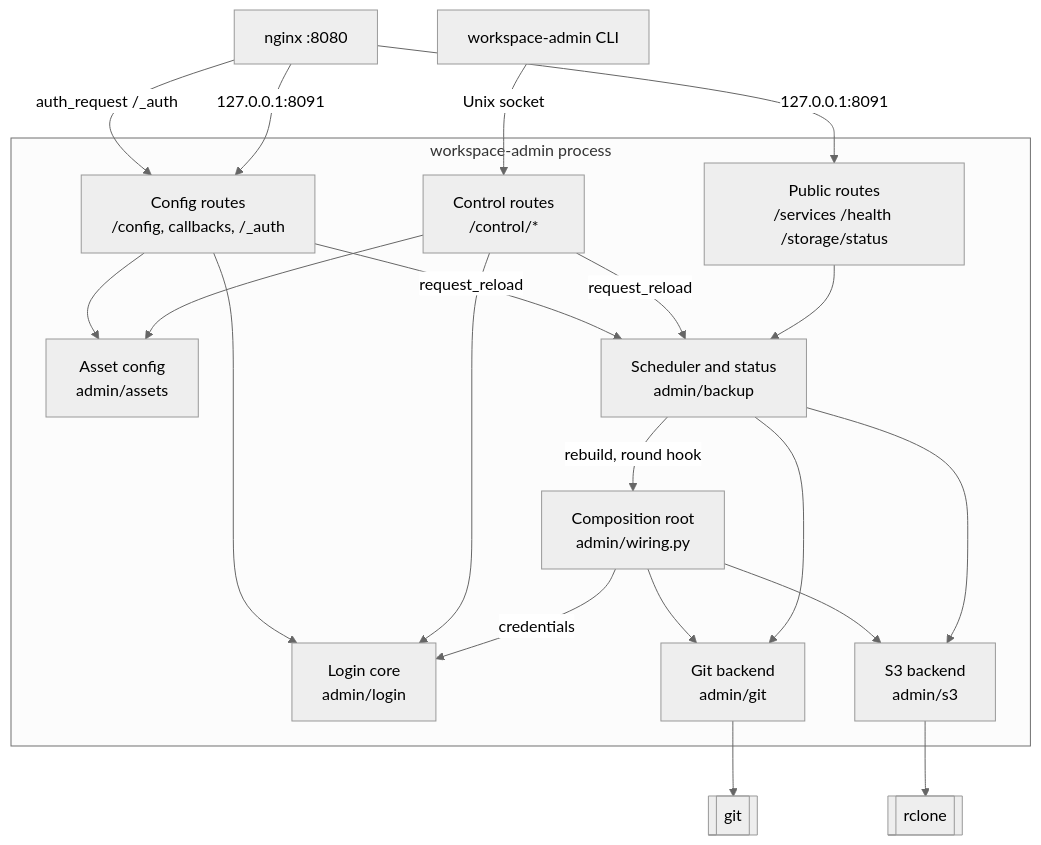
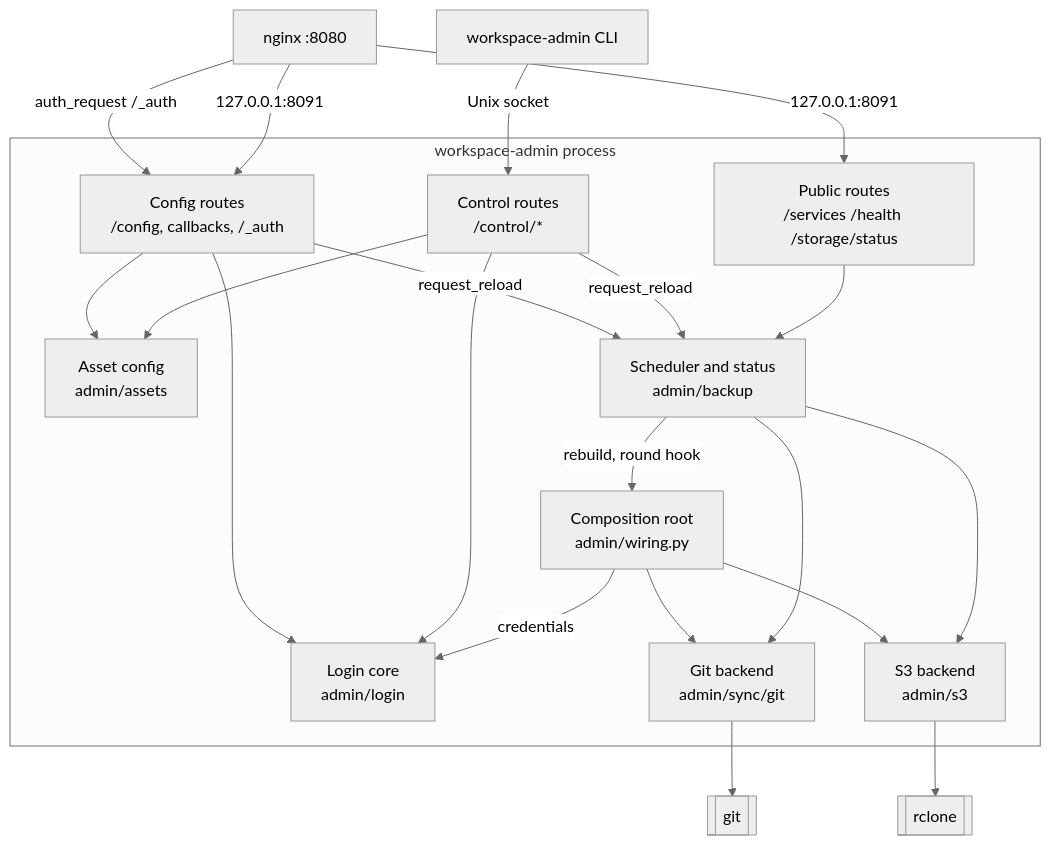
The diagram in docs/design/workspace-admin/ARCHITECTURE.md (Gruppe27AU/Secure-Synchronization-of-Digital-Twins-on-Digital-Twin-Platforms-2), drawn with Mermaid (neutral theme) before and after one commit. The commit also changed other lines of this file and 3 other files, not shown here.

````diff
--- a/docs/design/workspace-admin/ARCHITECTURE.md
+++ b/docs/design/workspace-admin/ARCHITECTURE.md
@@ -11,26 +11,26 @@
 ```mermaid
 flowchart TB
     subgraph admin[workspace-admin process]
         public[Public routes<br/>/services /health /storage/status]
         cfg[Config routes<br/>/config, callbacks, /_auth]
         ctl[Control routes<br/>/control/*]
         wiring[Composition root<br/>admin/wiring.py]
         login[Login core<br/>admin/login]
         assets[Asset config<br/>admin/assets]
         sched[Scheduler and status<br/>admin/backup]
-        gitb[Git backend<br/>admin/git]
+        gitb[Git backend<br/>admin/sync/git]
         s3b[S3 backend<br/>admin/s3]
     end
     nginx[nginx :8080] -->|auth_request /_auth| cfg
     nginx -->|127.0.0.1:8091| public & cfg
     cli[workspace-admin CLI] -->|Unix socket| ctl
     cfg & ctl --> login & assets
     cfg & ctl -->|request_reload| sched
     sched -->|rebuild, round hook| wiring
     wiring --> gitb & s3b
     wiring -->|credentials| login
     sched --> gitb & s3b
     public --> sched
     gitb --> git[[git]]
     s3b --> rclone[[rclone]]
 ```
````
